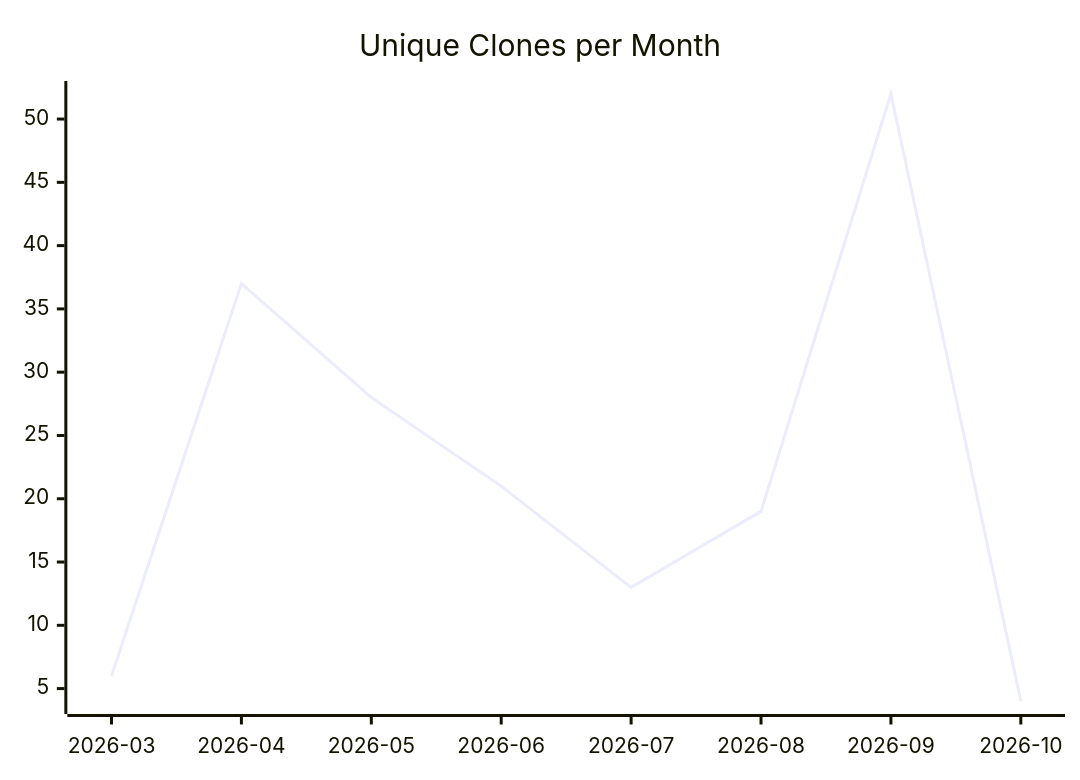
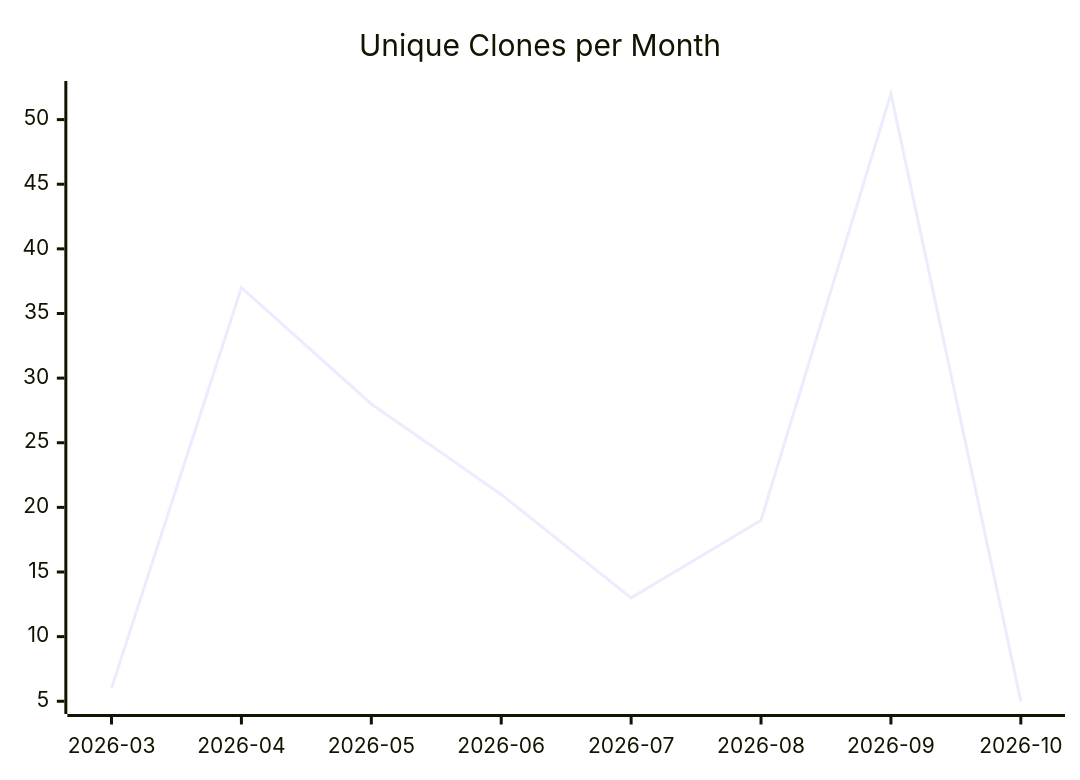
Before and after one commit to justdavis-family/github-analytics-data: the third of 3 diagrams in karlmdavis/ansible-role-jenkins2/README.md, drawn with Mermaid. The commit also changed other lines of this file and 201 other files, not shown here.

````diff
--- a/karlmdavis/ansible-role-jenkins2/README.md
+++ b/karlmdavis/ansible-role-jenkins2/README.md
@@ -19,6 +19,6 @@
 ```mermaid
 xychart-beta
   title "Unique Clones per Month"
   x-axis ["2026-03", "2026-04", "2026-05", "2026-06", "2026-07", "2026-08", "2026-09", "2026-10"]
-  line [6, 37, 28, 21, 13, 19, 52, 4]
+  line [6, 37, 28, 21, 13, 19, 52, 5]
 ```
````
